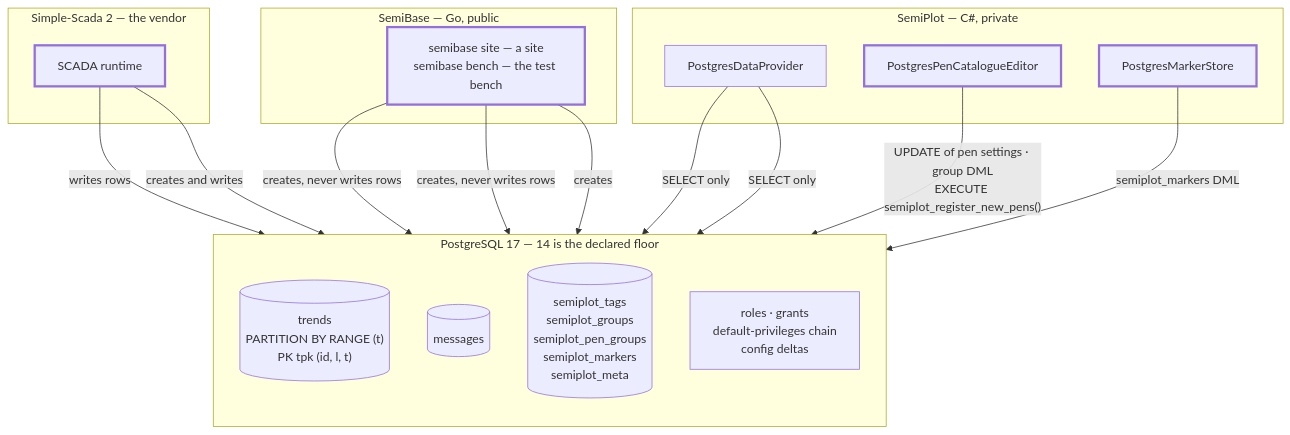
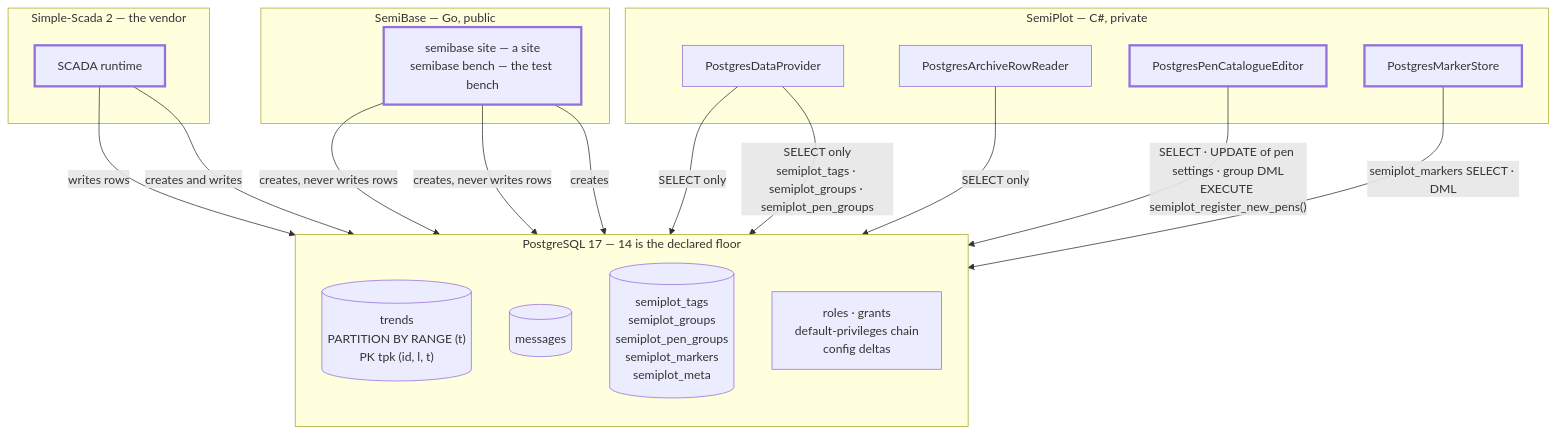
The first of 5 diagrams in docs/architecture/postgres-topology.md (Semiteq/SemiPlot), drawn with Mermaid before and after one commit. The commit also changed other lines of this file and 19 other files, not shown here.

First line of the commit message:
docs(architecture): match the docs to the code (#136)

````diff
--- a/docs/architecture/postgres-topology.md
+++ b/docs/architecture/postgres-topology.md
@@ -11,37 +11,39 @@
 ```mermaid
 flowchart TB
     subgraph vendor["Simple-Scada 2 — the vendor"]
         scada["SCADA runtime"]
     end
 
     subgraph semibase["SemiBase — Go, public"]
         prov["semibase site — a site<br/>semibase bench — the test bench"]
     end
 
     subgraph db["PostgreSQL 17 — 14 is the declared floor"]
         direction TB
         trends[("trends<br/>PARTITION BY RANGE (t)<br/>PK tpk (id, l, t)")]
         msgs[("messages")]
         config[("semiplot_tags<br/>semiplot_groups<br/>semiplot_pen_groups<br/>semiplot_markers<br/>semiplot_meta")]
         roles["roles · grants<br/>default-privileges chain<br/>config deltas"]
     end
 
     subgraph semiplot["SemiPlot — C#, private"]
         prov2["PostgresDataProvider"]
         editor["PostgresPenCatalogueEditor"]
         markers["PostgresMarkerStore"]
+        rows["PostgresArchiveRowReader"]
     end
 
     scada -- "writes rows" --> trends
     scada -- "creates and writes" --> msgs
     prov -- "creates, never writes rows" --> trends
     prov -- "creates, never writes rows" --> config
     prov -- "creates" --> roles
     prov2 -- "SELECT only" --> trends
-    prov2 -- "SELECT only" --> config
-    editor -- "UPDATE of pen settings · group DML<br/>EXECUTE semiplot_register_new_pens()" --> config
-    markers -- "semiplot_markers DML" --> config
+    prov2 -- "SELECT only<br/>semiplot_tags · semiplot_groups · semiplot_pen_groups" --> config
+    rows -- "SELECT only" --> trends
+    editor -- "SELECT · UPDATE of pen settings · group DML<br/>EXECUTE semiplot_register_new_pens()" --> config
+    markers -- "semiplot_markers SELECT · DML" --> config
 
     classDef write stroke-width:3px
     class scada,prov,editor,markers write
 ```
````
